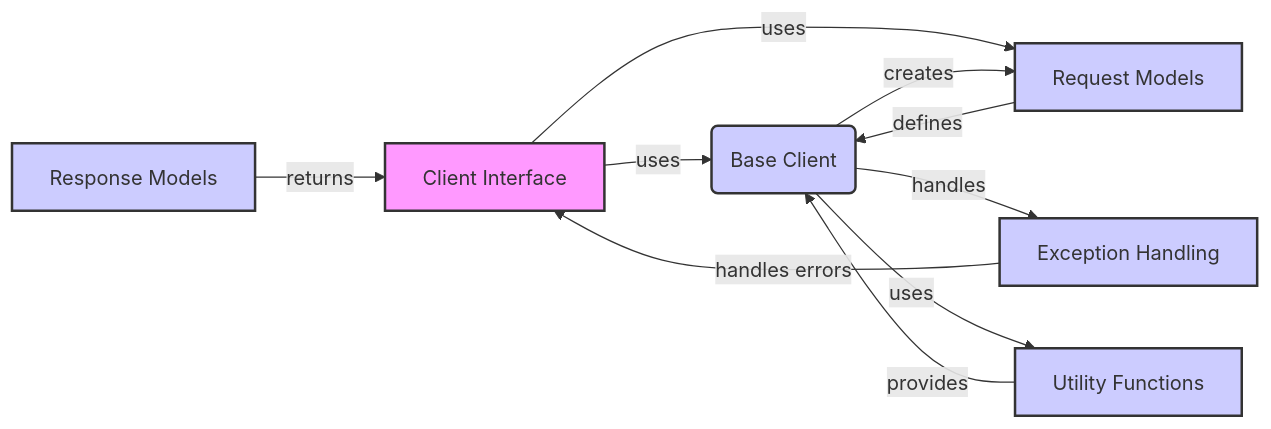
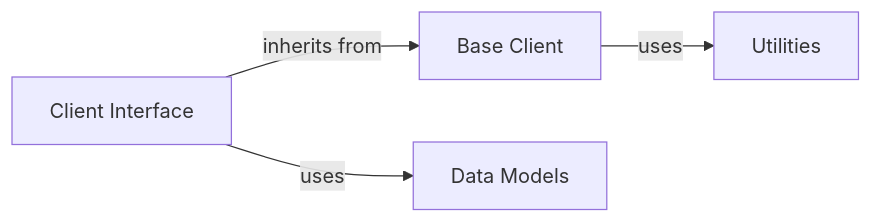
The diagram in invariant-sdk/on_boarding.md (CodeBoarding/GeneratedOnBoardings), drawn with Mermaid before and after one commit. The commit also changed other lines of this file and 8 other files, not shown here.

Commit message:
Uploading onboarding materials for invariant-sdk

````diff
--- a/invariant-sdk/on_boarding.md
+++ b/invariant-sdk/on_boarding.md
@@ -5,24 +1,14 @@
 ```mermaid
 graph LR
-    A["Client Interface"] -- "uses" --> B("Base Client")
-    A -- "uses" --> C["Request Models"]
-    D["Response Models"] -- "returns" --> A
-    B -- "creates" --> C
-    B -- "handles" --> F["Exception Handling"]
-    B -- "uses" --> E["Utility Functions"]
-    C -- "defines" --> B
-    E -- "provides" --> B
-    F -- "handles errors" --> A
-    style A fill:#f9f,stroke:#333,stroke-width:2px
-    style B fill:#ccf,stroke:#333,stroke-width:2px
-    style C fill:#ccf,stroke:#333,stroke-width:2px
-    style D fill:#ccf,stroke:#333,stroke-width:2px
-    style E fill:#ccf,stroke:#333,stroke-width:2px
-    style F fill:#ccf,stroke:#333,stroke-width:2px
-    click A href "https://github.com/CodeBoarding/GeneratedOnBoardings/blob/main/invariant-sdk//Client%20Interface.md"
-    click B href "https://github.com/CodeBoarding/GeneratedOnBoardings/blob/main/invariant-sdk//Base%20Client.md"
-    click C href "https://github.com/CodeBoarding/GeneratedOnBoardings/blob/main/invariant-sdk//Request%20Models.md"
-    click D href "https://github.com/CodeBoarding/GeneratedOnBoardings/blob/main/invariant-sdk//Response%20Models.md"
-    click E href "https://github.com/CodeBoarding/GeneratedOnBoardings/blob/main/invariant-sdk//Utility%20Functions.md"
-    click F href "https://github.com/CodeBoarding/GeneratedOnBoardings/blob/main/invariant-sdk//Exception%20Handling.md"
+    Client_Interface["Client Interface"]
+    Base_Client["Base Client"]
+    Data_Models["Data Models"]
+    Utilities["Utilities"]
+    Client_Interface -- "inherits from" --> Base_Client
+    Base_Client -- "uses" --> Utilities
+    Client_Interface -- "uses" --> Data_Models
+    click Client_Interface href "https://github.com/CodeBoarding/GeneratedOnBoardings/blob/main/invariant-sdk/Client Interface.md" "Details"
+    click Base_Client href "https://github.com/CodeBoarding/GeneratedOnBoardings/blob/main/invariant-sdk/Base Client.md" "Details"
+    click Data_Models href "https://github.com/CodeBoarding/GeneratedOnBoardings/blob/main/invariant-sdk/Data Models.md" "Details"
+    click Utilities href "https://github.com/CodeBoarding/GeneratedOnBoardings/blob/main/invariant-sdk/Utilities.md" "Details"
 ```
````
